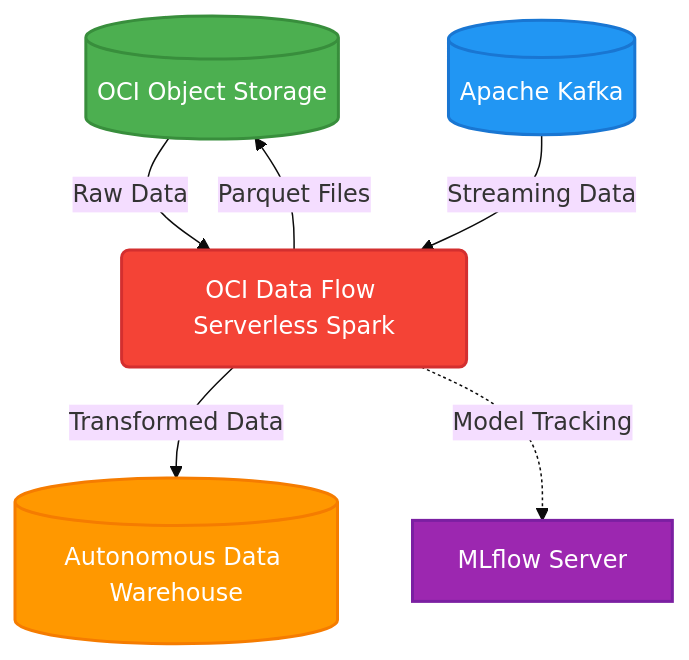
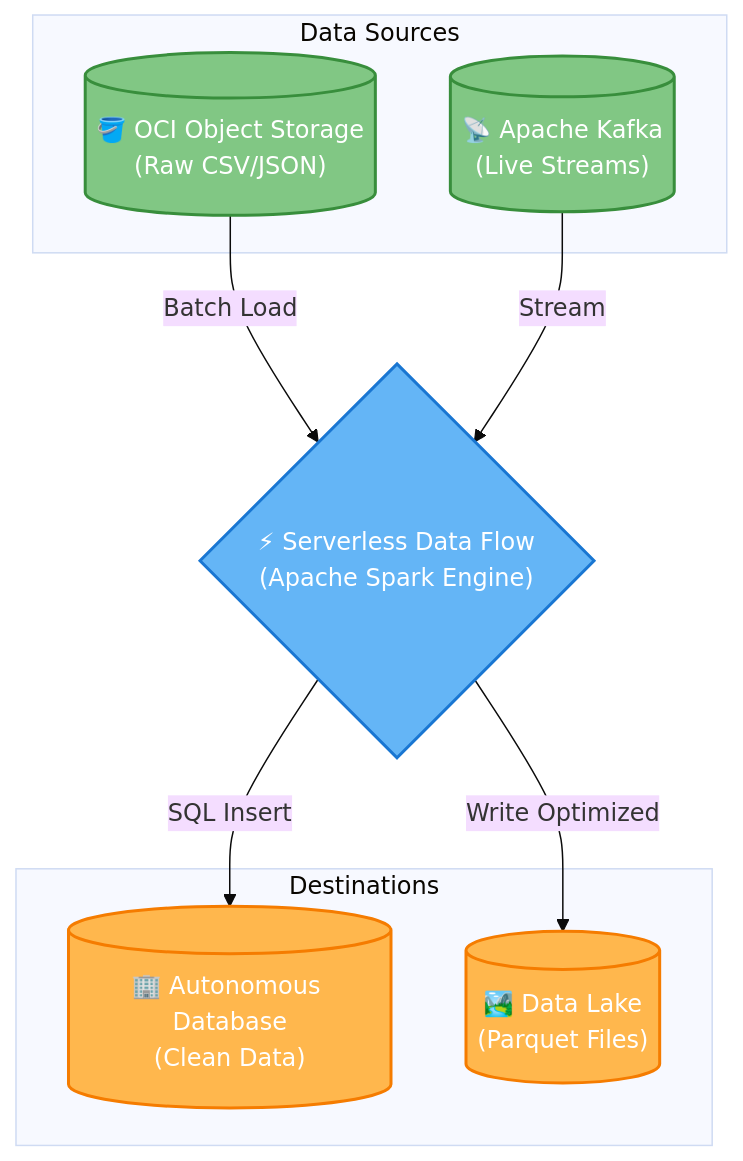
One commit to Sat-14/OCI-DataFlow-Showcase changed the diagram in README.md. Above: the diagram before and after it, drawn with Mermaid (base theme). The commit also changed other lines of this file, not shown here.

Commit message:
Rewrite README to be more human-readable with beautiful diagrams

````diff
--- a/README.md
+++ b/README.md
@@ -7,14 +13,25 @@
 ```mermaid
-graph TD
-    A[(OCI Object Storage)] -->|Raw Data| B(OCI Data Flow Serverless Spark)
-    C[(Apache Kafka)] -->|Streaming Data| B
-    B -->|Transformed Data| D[(Autonomous Data Warehouse)]
-    B -->|Parquet Files| A
-    B -.->|Model Tracking| E[MLflow Server]
+flowchart TD
+    %% Friendly styling
+    classDef source fill:#81C784,stroke:#388E3C,stroke-width:2px,color:#fff,rx:10,ry:10
+    classDef processing fill:#64B5F6,stroke:#1976D2,stroke-width:2px,color:#fff,rx:10,ry:10
+    classDef destination fill:#FFB74D,stroke:#F57C00,stroke-width:2px,color:#fff,rx:10,ry:10
+
+    subgraph Data Sources
+        Storage[("🪣 OCI Object Storage\n(Raw CSV/JSON)")]:::source
+        Kafka[("📡 Apache Kafka\n(Live Streams)")]:::source
+    end
+
+    Engine{"⚡ Serverless Data Flow\n(Apache Spark Engine)"}:::processing
+
+    subgraph Destinations
+        ADW[("🏢 Autonomous Database\n(Clean Data)")]:::destination
+        Lake[("🏞️ Data Lake\n(Parquet Files)")]:::destination
+    end
+
+    Storage -->|Batch Load| Engine
+    Kafka -->|Stream| Engine
     
-    style A fill:#4CAF50,stroke:#388E3C,stroke-width:2px,color:#fff
-    style B fill:#F44336,stroke:#D32F2F,stroke-width:2px,color:#fff
-    style C fill:#2196F3,stroke:#1976D2,stroke-width:2px,color:#fff
-    style D fill:#FF9800,stroke:#F57C00,stroke-width:2px,color:#fff
-    style E fill:#9C27B0,stroke:#7B1FA2,stroke-width:2px,color:#fff
+    Engine -->|SQL Insert| ADW
+    Engine -->|Write Optimized| Lake
 ```
````
